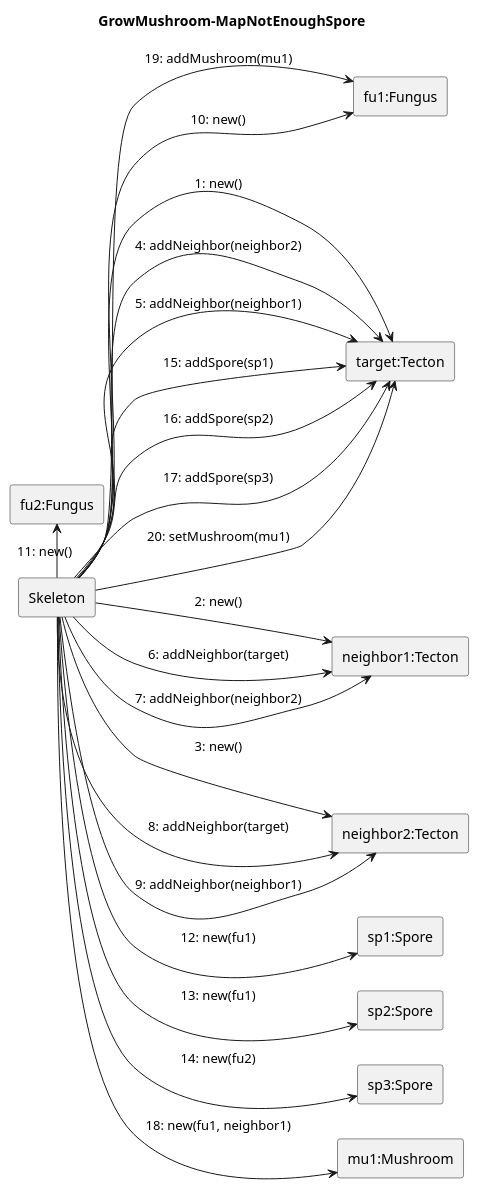
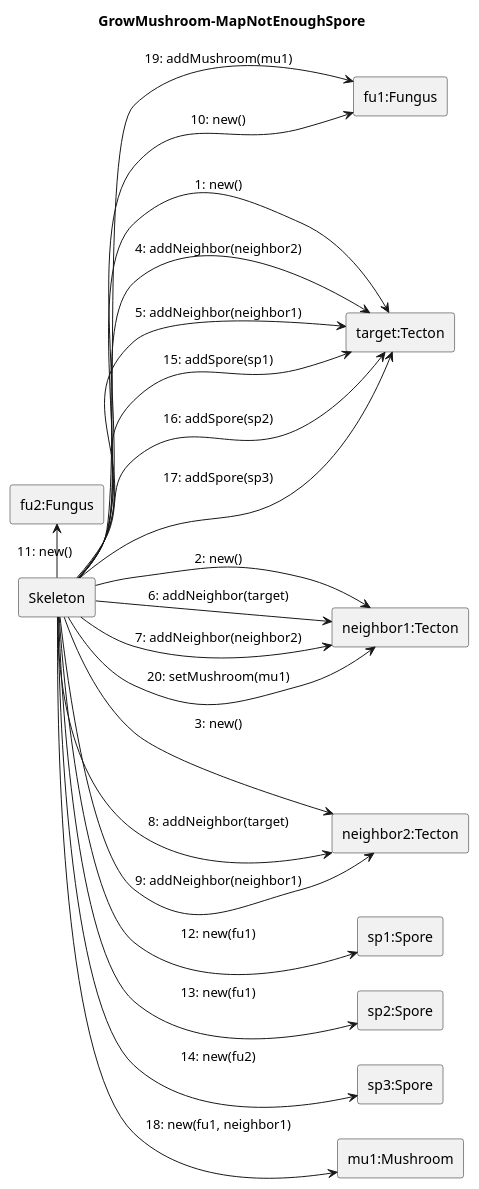
Before and after one commit to ZD4ve/projlab-error521: the diagram in Skeleton/Grow-mushroom/map-not-enough-spore.puml, drawn with PlantUML. The commit also changed 4 other files, not shown here.

```diff
--- a/Skeleton/Grow-mushroom/map-not-enough-spore.puml
+++ b/Skeleton/Grow-mushroom/map-not-enough-spore.puml
@@ -1,42 +1,42 @@
 @startuml Grow-mushroom/map-not-enough-spore
 left to right direction
 
 title GrowMushroom-MapNotEnoughSpore
 
 rectangle Skeleton as S 
 
 rectangle "fu1:Fungus" as fu1
 rectangle "fu2:Fungus" as fu2
 rectangle "target:Tecton" as tecton
 rectangle "neighbor1:Tecton" as neighbor1
 rectangle "neighbor2:Tecton" as neighbor2
 rectangle "sp1:Spore" as sp1
 rectangle "sp2:Spore" as sp2
 rectangle "sp3:Spore" as sp3
 rectangle "mu1:Mushroom" as mu1
 
 S --> tecton: 1: new()
 S --> neighbor1: 2: new()
 S --> neighbor2: 3: new()
 S --> tecton: 4: addNeighbor(neighbor2)
 S --> tecton: 5: addNeighbor(neighbor1)
 S --> neighbor1: 6: addNeighbor(target)
 S --> neighbor1: 7: addNeighbor(neighbor2)
 S --> neighbor2: 8: addNeighbor(target)
 S --> neighbor2: 9: addNeighbor(neighbor1)
 
 S -left-> fu1: 10: new()
 S -left-> fu2: 11: new()
 
 S --> sp1: 12: new(fu1)
 S --> sp2: 13: new(fu1)
 S --> sp3: 14: new(fu2)
 S --> tecton: 15: addSpore(sp1)
 S --> tecton: 16: addSpore(sp2)
 S --> tecton: 17: addSpore(sp3)
 
 S --> mu1: 18: new(fu1, neighbor1)
 S --> fu1: 19: addMushroom(mu1)
-S --> tecton: 20: setMushroom(mu1)
+S --> neighbor1: 20: setMushroom(mu1)
 
 @enduml
```
